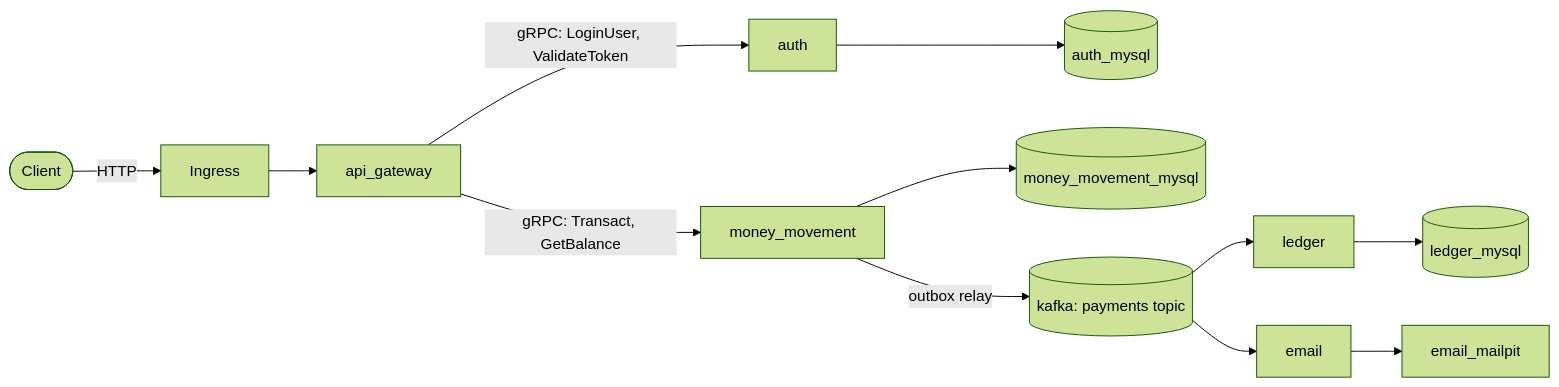
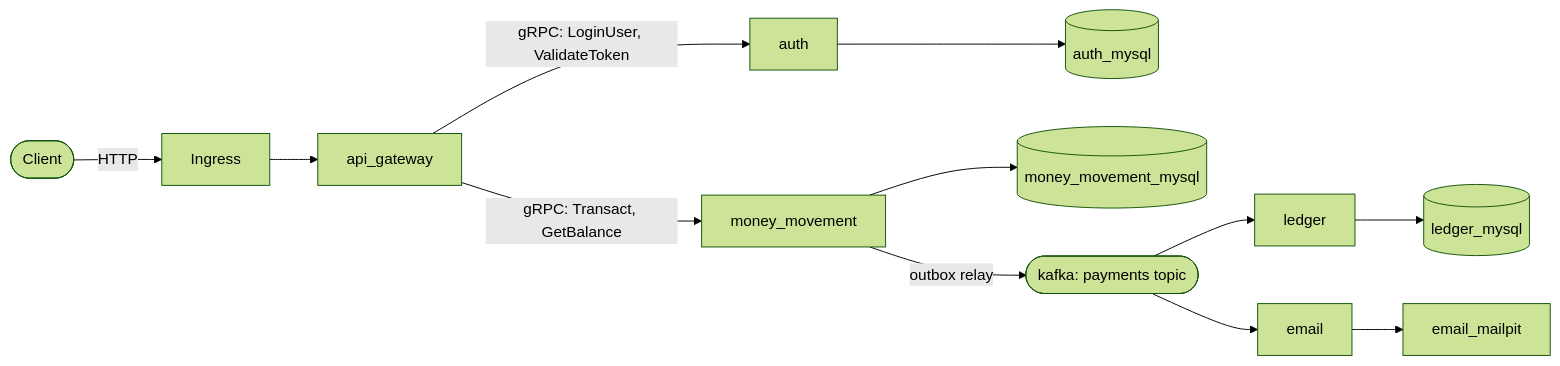
The diagram in README.md (d-Bharti001/node-payment-micro), drawn with Mermaid (forest theme) before and after one commit. The commit also changed other lines of this file, not shown here.

````diff
--- a/README.md
+++ b/README.md
@@ -7,19 +7,19 @@
 ```mermaid
 flowchart LR
     Client([Client]) -->|HTTP| Ingress[Ingress]
     Ingress --> Gateway[api_gateway]
 
     Gateway -->|"gRPC: LoginUser, ValidateToken"| Auth[auth]
     Gateway -->|"gRPC: Transact, GetBalance"| MoneyMovement[money_movement]
 
     Auth --> AuthDB[("auth_mysql")]
     MoneyMovement --> MoneyMovementDB[("money_movement_mysql")]
 
-    MoneyMovement -->|outbox relay| Kafka[("kafka: payments topic")]
+    MoneyMovement -->|outbox relay| Kafka([kafka: payments topic])
 
     Kafka --> Ledger[ledger]
     Kafka --> Email[email]
 
     Ledger --> LedgerDB[("ledger_mysql")]
     Email --> Mailpit[email_mailpit]
 ```
````
